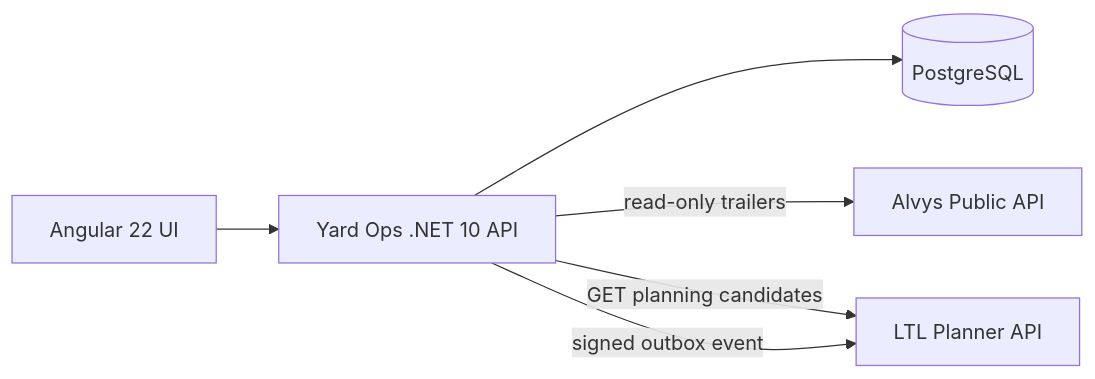
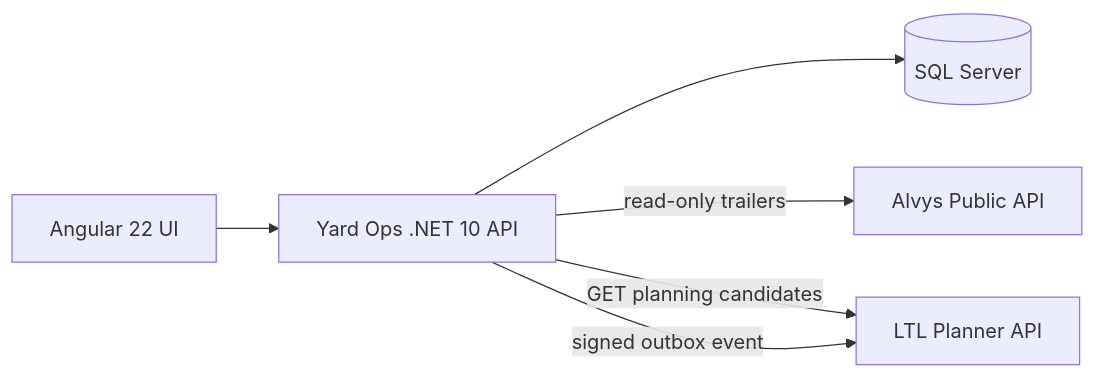
Before and after one commit to poker-kid-100717/yard-ops: the diagram in docs/architecture.md, drawn with Mermaid. The commit also changed other lines of this file and 13 other files, not shown here.

First line of the commit message:
feat: move persistence from PostgreSQL to SQL Server

````diff
--- a/docs/architecture.md
+++ b/docs/architecture.md
@@ -3,8 +3,8 @@
 ```mermaid
 flowchart LR
   WEB[Angular 22 UI] --> API[Yard Ops .NET 10 API]
-  API --> DB[(PostgreSQL)]
+  API --> DB[(SQL Server)]
   API -->|read-only trailers| ALVYS[Alvys Public API]
   API -->|GET planning candidates| LTL[LTL Planner API]
   API -->|signed outbox event| LTL
 ```
````
